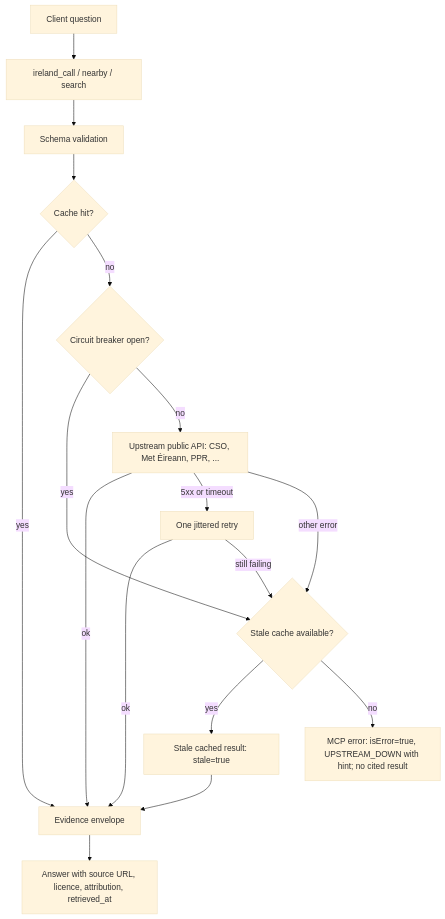
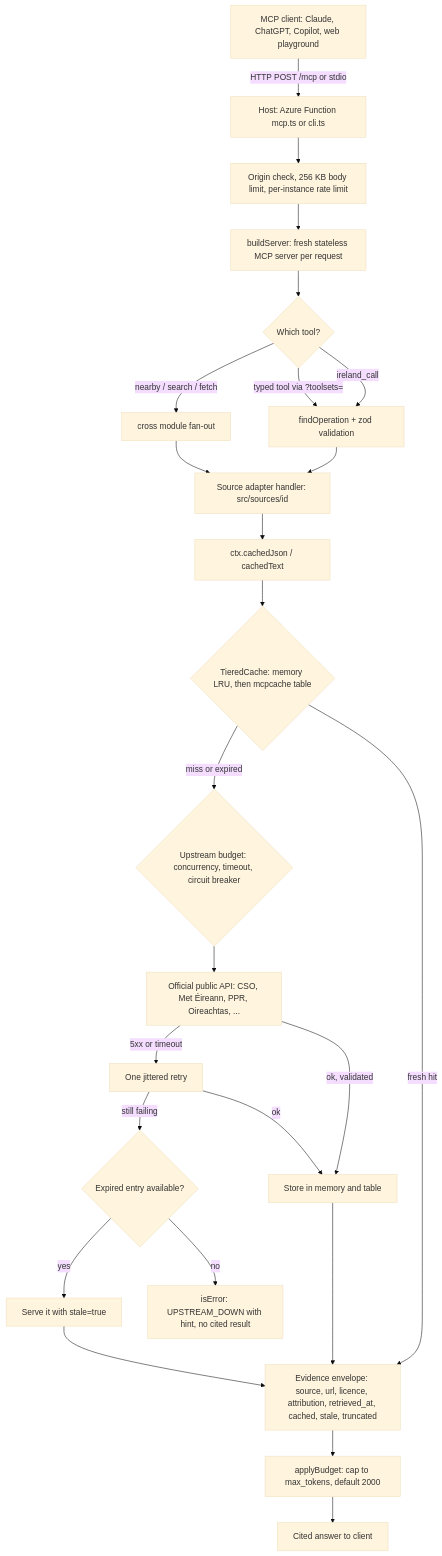
One commit to c-mongan/ireland-mcp changed the diagram in docs/architecture.md. Above: the diagram before and after it, drawn with Mermaid (base theme). The commit also changed other lines of this file, not shown here.

Commit message:
Explain architecture, data flow and deploy topology in plain language

````diff
--- a/docs/architecture.md
+++ b/docs/architecture.md
@@ -19,19 +21,25 @@
 ```mermaid
 flowchart TD
-  Q[Client question] --> T[ireland_call / nearby / search]
-  T --> V[Schema validation]
-  V --> C{Cache hit?}
-  C -- yes --> E[Evidence envelope]
-  C -- no --> B{Circuit breaker open?}
-  B -- yes --> S{Stale cache available?}
-  B -- no --> U[Upstream public API: CSO, Met Éireann, PPR, ...]
-  U -- ok --> E
+  C[MCP client: Claude, ChatGPT, Copilot, web playground] -->|HTTP POST /mcp or stdio| H[Host: Azure Function mcp.ts or cli.ts]
+  H --> G1[Origin check, 256 KB body limit, per-instance rate limit]
+  G1 --> S[buildServer: fresh stateless MCP server per request]
+  S --> M{Which tool?}
+  M -->|ireland_call| D[findOperation + zod validation]
+  M -->|nearby / search / fetch| X[cross module fan-out]
+  M -->|typed tool via ?toolsets=| D
+  D --> T[Source adapter handler: src/sources/id]
+  X --> T
+  T --> CJ[ctx.cachedJson / cachedText]
+  CJ --> K{TieredCache: memory LRU, then mcpcache table}
+  K -- fresh hit --> E
+  K -- miss or expired --> B{Upstream budget: concurrency, timeout, circuit breaker}
+  B --> U[Official public API: CSO, Met Éireann, PPR, Oireachtas, ...]
+  U -- ok, validated --> W[Store in memory and table] --> E
   U -- 5xx or timeout --> R[One jittered retry]
-  R -- ok --> E
-  R -- still failing --> S
-  U -- other error --> S
-  S -- yes --> F[Stale cached result: stale=true]
-  F --> E
-  S -- no --> X["MCP error: isError=true, UPSTREAM_DOWN with hint; no cited result"]
-  E --> A[Answer with source URL, licence, attribution, retrieved_at]
+  R -- ok --> W
+  R -- still failing --> ST{Expired entry available?}
+  ST -- yes --> F[Serve it with stale=true] --> E
+  ST -- no --> ERR[isError: UPSTREAM_DOWN with hint, no cited result]
+  E[Evidence envelope: source, url, licence, attribution, retrieved_at, cached, stale, truncated] --> BU[applyBudget: cap to max_tokens, default 2000]
+  BU --> A[Cited answer to client]
 ```
````
